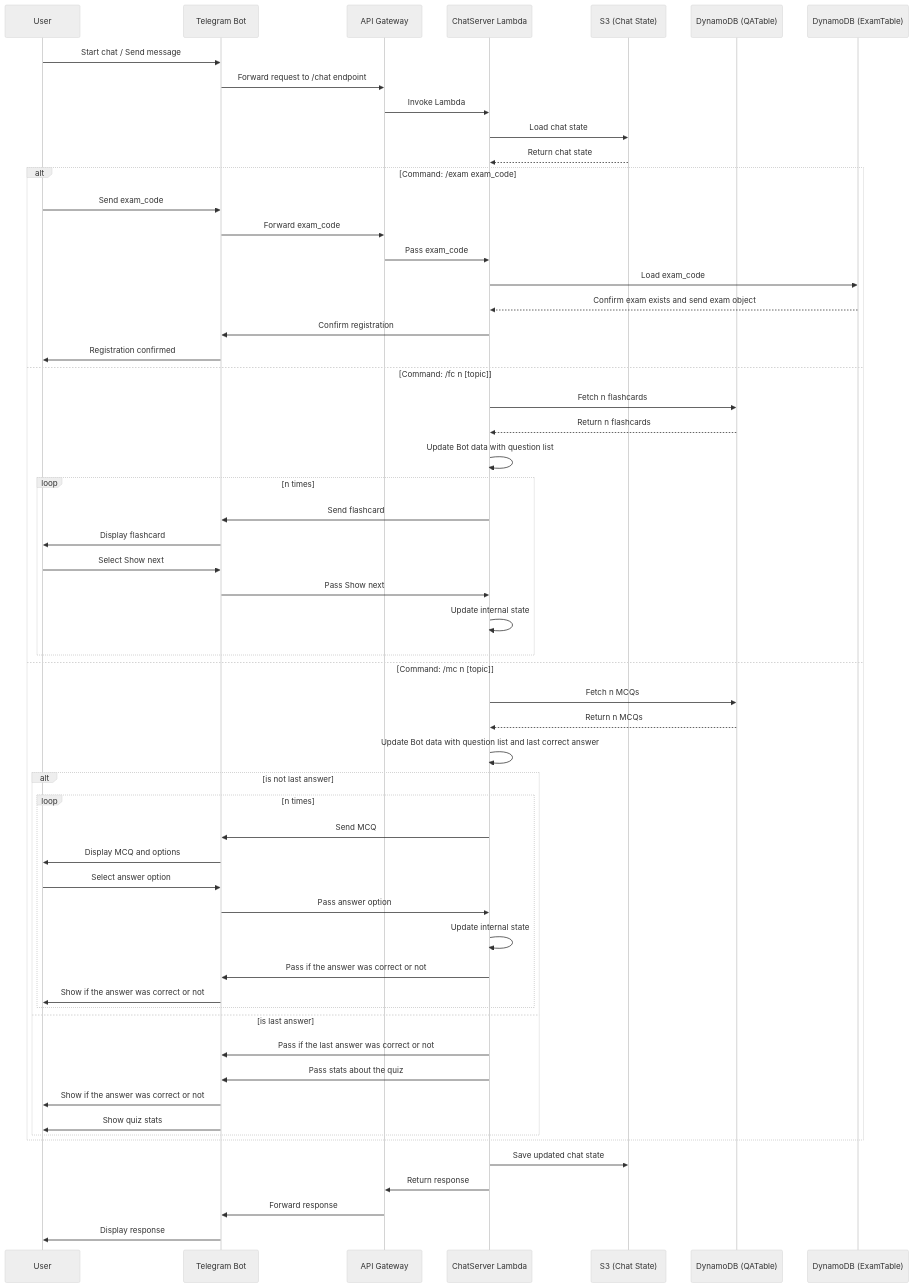
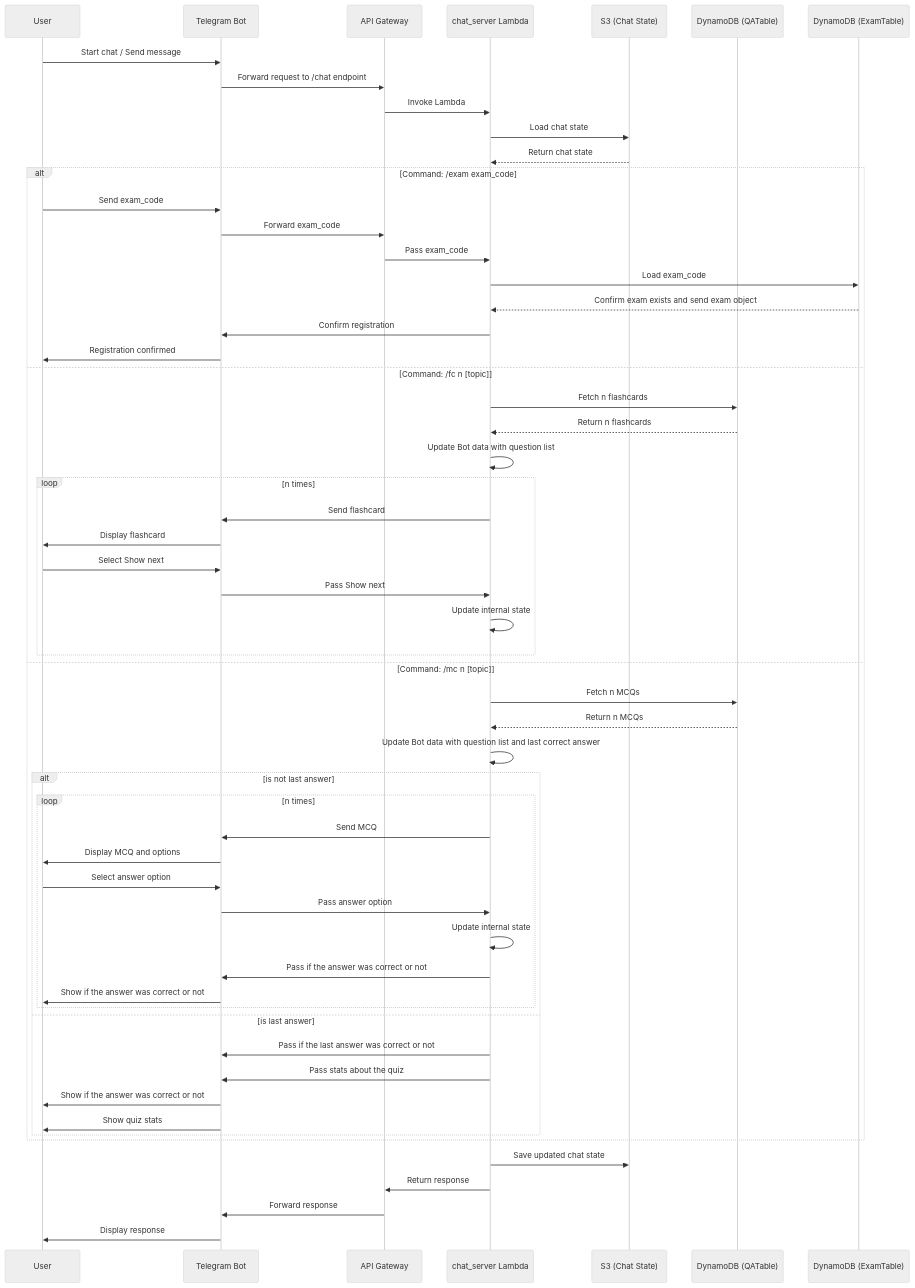
One commit to rajkorde/ExamGPTCloud changed the second of 3 diagrams in README.md. Above: the diagram before and after it, drawn with Mermaid (neutral theme). The commit also changed other lines of this file, not shown here.

````diff
--- a/README.md
+++ b/README.md
@@ -102,64 +102,64 @@
 ```mermaid
 sequenceDiagram
     participant U as User
     participant TB as Telegram Bot
     participant AG as API Gateway
-    participant CSL as ChatServer Lambda
+    participant CSL as chat_server Lambda
     participant S3 as S3 (Chat State)
     participant DDB as DynamoDB (QATable)
     participant ExamDDB as DynamoDB (ExamTable)
 
     U->>TB: Start chat / Send message
     TB->>AG: Forward request to /chat endpoint
     AG->>CSL: Invoke Lambda
     CSL->>S3: Load chat state
     S3-->>CSL: Return chat state
 
 
     alt Command: /exam exam_code
         U->>TB: Send exam_code
         TB->>AG: Forward exam_code
         AG->>CSL: Pass exam_code
         CSL->>ExamDDB: Load exam_code
         ExamDDB-->>CSL: Confirm exam exists and send exam object
         CSL->>TB: Confirm registration
         TB->>U: Registration confirmed
     else Command: /fc n [topic]
         CSL->>DDB: Fetch n flashcards
         DDB-->>CSL: Return n flashcards
         CSL->>CSL: Update Bot data with question list
         loop n times
             CSL->>TB: Send flashcard
             TB->>U: Display flashcard
             U->>TB: Select Show next
             TB->>CSL: Pass Show next
             CSL->>CSL: Update internal state
         end
     else Command: /mc n [topic]
         CSL->>DDB: Fetch n MCQs
         DDB-->>CSL: Return n MCQs
         CSL->>CSL: Update Bot data with question list and last correct answer
         alt is not last answer
             loop n times
                 CSL->>TB: Send MCQ
                 TB->>U: Display MCQ and options
                 U->>TB: Select answer option
                 TB->>CSL: Pass answer option
                 CSL->>CSL: Update internal state
                 CSL->>TB: Pass if the answer was correct or not
                 TB->>U: Show if the answer was correct or not
             end
         else is last answer
             CSL->>TB: Pass if the last answer was correct or not
             CSL->>TB: Pass stats about the quiz
             TB->>U: Show if the answer was correct or not
             TB->>U: Show quiz stats
         end
     end
 
     CSL->>S3: Save updated chat state
     CSL->>AG: Return response
     AG->>TB: Forward response
     TB->>U: Display response
 
 ```
````
